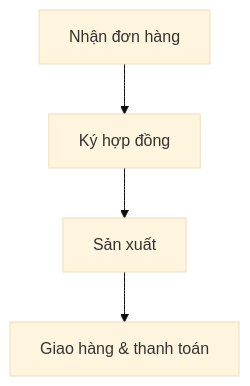
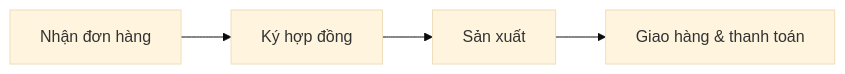
Before and after one commit to hodongtu/SME-creditmemo-multi-agent: the second of 2 diagrams in src/templates/business-activity-structure.md, drawn with Mermaid (base theme). The commit also changed other lines of this file and 4 other files, not shown here.

````diff
--- a/src/templates/business-activity-structure.md
+++ b/src/templates/business-activity-structure.md
@@ -36,4 +36,4 @@
 ```mermaid
-flowchart TD
+flowchart LR
   A[Nhận đơn hàng] --> B[Ký hợp đồng] --> C[Sản xuất] --> D[Giao hàng & thanh toán]
 ```
````
